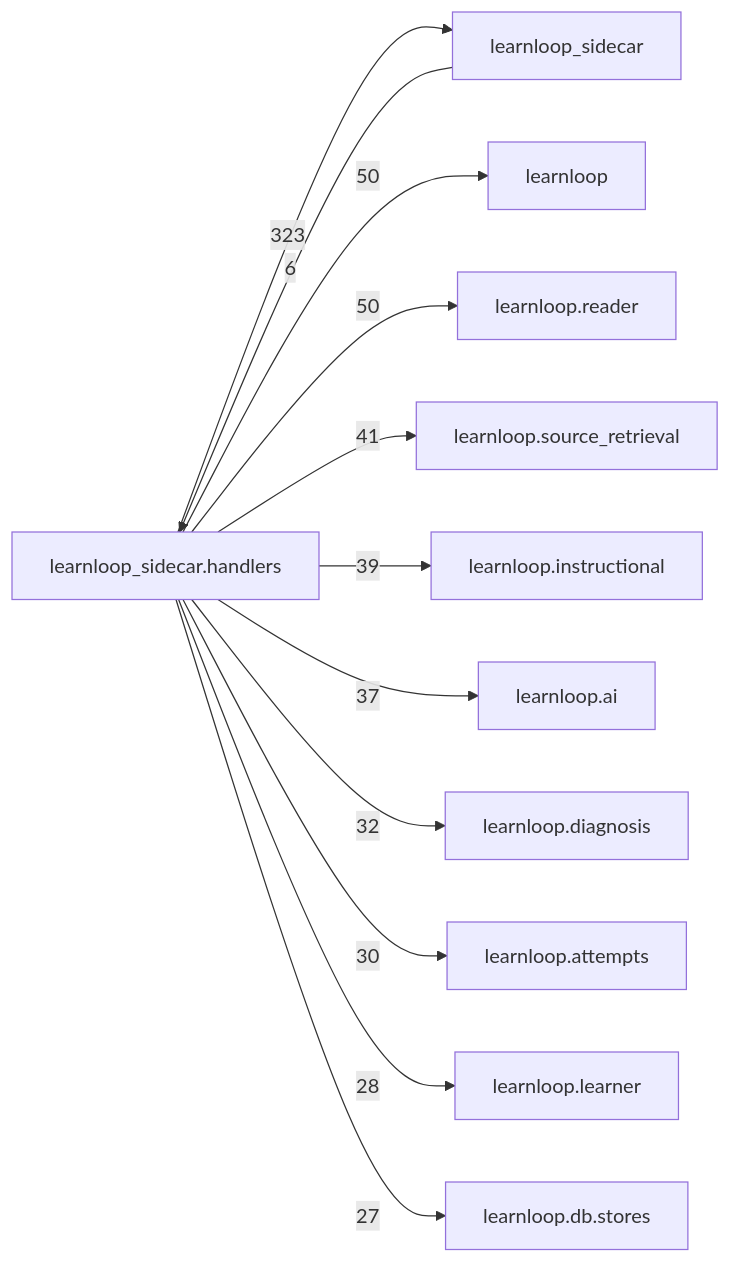
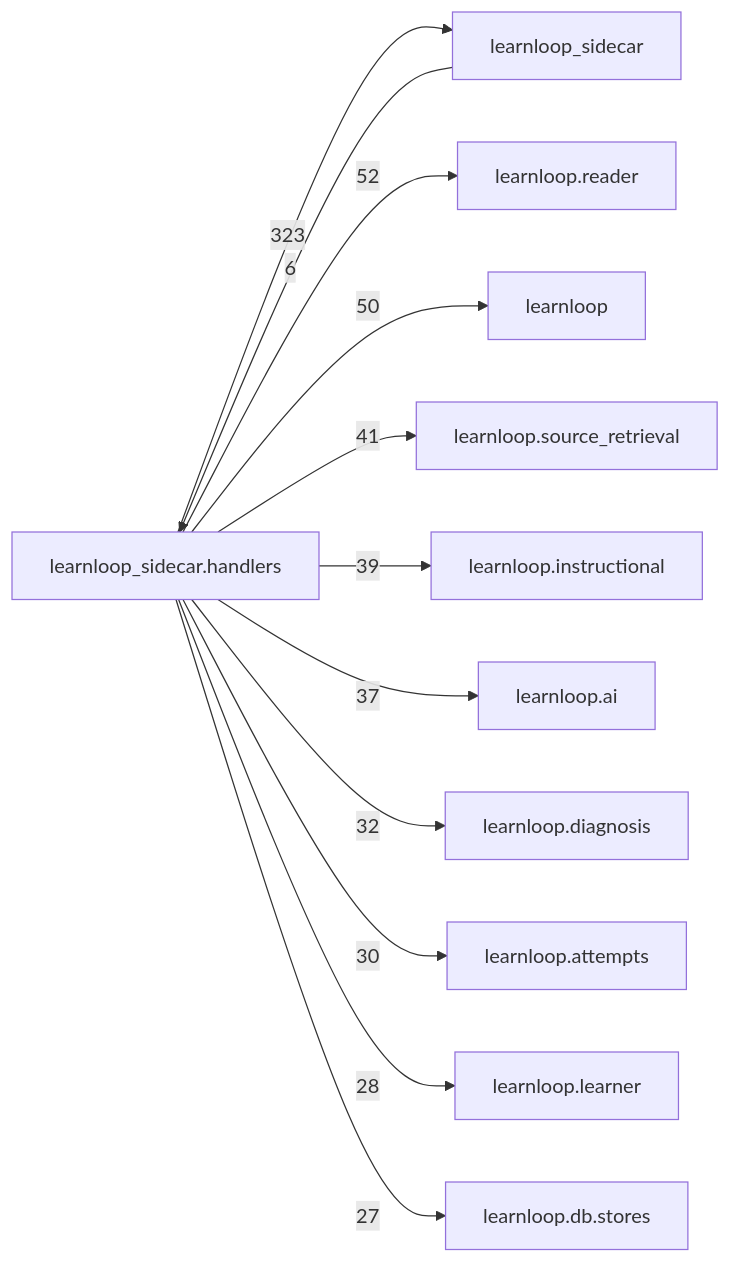
The diagram in docs/learnloop-architecture-vault/Reference/Modules/learnloop_sidecar/handlers/_package.md (6up-b/learnanything), drawn with Mermaid before and after one commit. The commit also changed other lines of this file and 35 other files, not shown here.

````diff
--- a/docs/learnloop-architecture-vault/Reference/Modules/learnloop_sidecar/handlers/_package.md
+++ b/docs/learnloop-architecture-vault/Reference/Modules/learnloop_sidecar/handlers/_package.md
@@ -260,25 +260,25 @@
 ```mermaid
 flowchart LR
     center["learnloop_sidecar.handlers"]
     n_learnloop_sidecar["learnloop_sidecar"]
+    n_learnloop_reader["learnloop.reader"]
     n_learnloop["learnloop"]
-    n_learnloop_reader["learnloop.reader"]
     n_learnloop_source_retrieval["learnloop.source_retrieval"]
     n_learnloop_instructional["learnloop.instructional"]
     n_learnloop_ai["learnloop.ai"]
     n_learnloop_diagnosis["learnloop.diagnosis"]
     n_learnloop_attempts["learnloop.attempts"]
     n_learnloop_learner["learnloop.learner"]
     n_learnloop_db_stores["learnloop.db.stores"]
     n_learnloop_sidecar -->|6| center
     center -->|323| n_learnloop_sidecar
+    center -->|52| n_learnloop_reader
     center -->|50| n_learnloop
-    center -->|50| n_learnloop_reader
     center -->|41| n_learnloop_source_retrieval
     center -->|39| n_learnloop_instructional
     center -->|37| n_learnloop_ai
     center -->|32| n_learnloop_diagnosis
     center -->|30| n_learnloop_attempts
     center -->|28| n_learnloop_learner
     center -->|27| n_learnloop_db_stores
 ```
````
